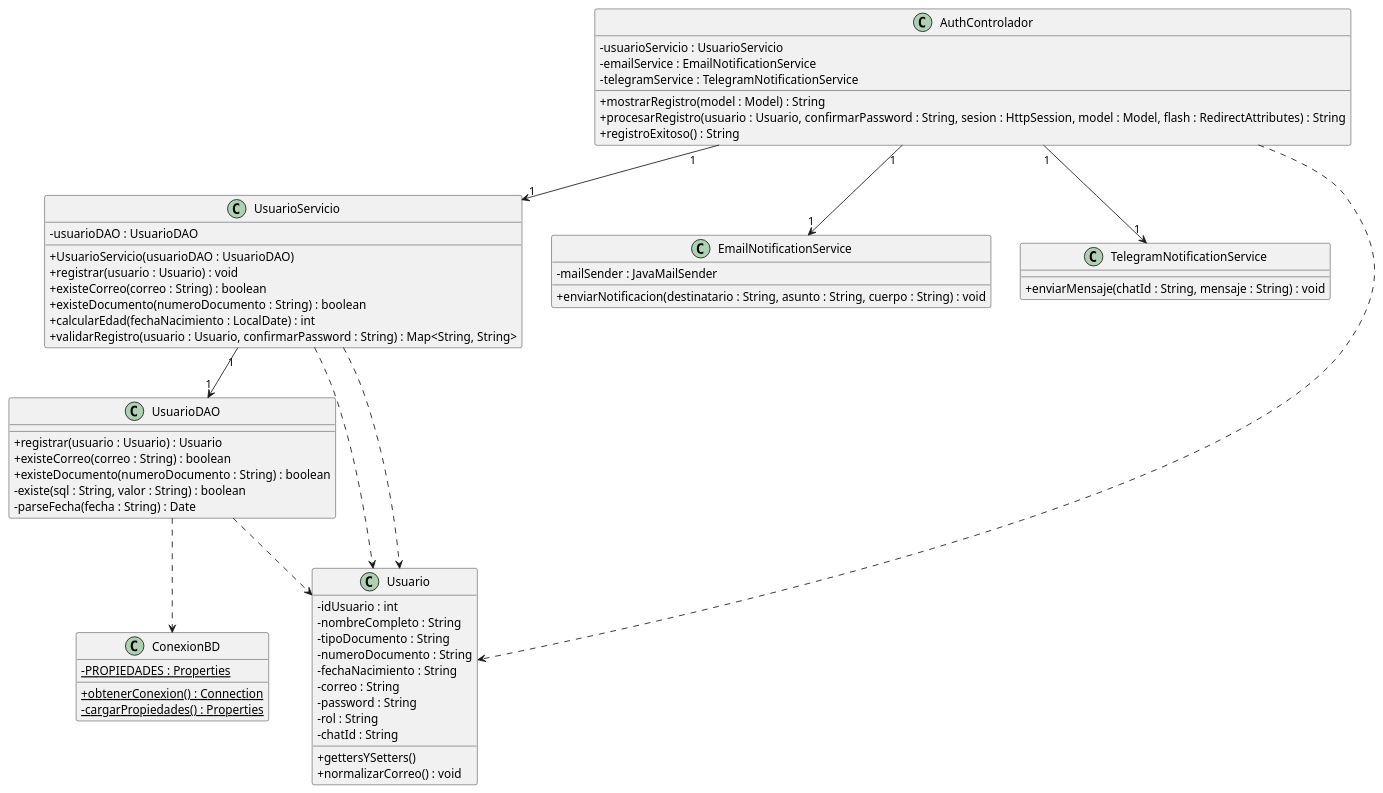
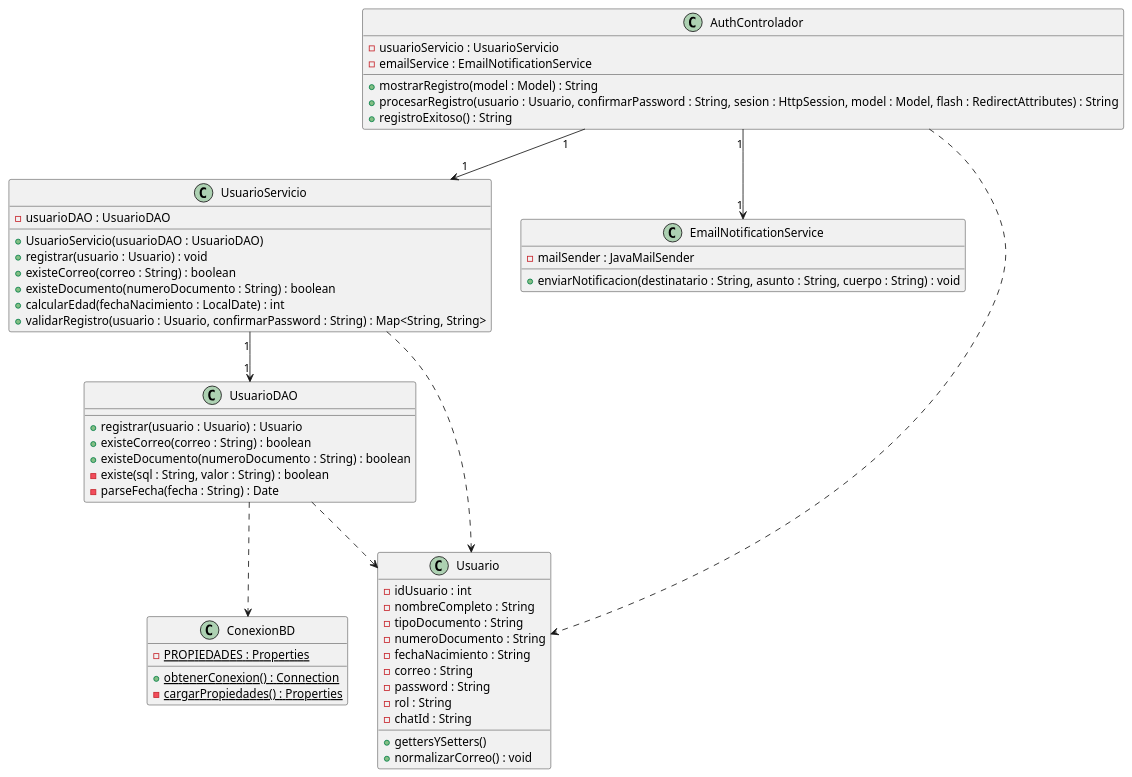
The diagram in docs/diagrama/DiagramaDeClases_crearcuenta.md (puj-course/FIS_2630_1204_G3), drawn with PlantUML before and after one commit. The commit also changed other lines of this file, not shown here.

Commit message:
Update class diagram for Crear Cuenta (#292)

````diff
--- a/docs/diagrama/DiagramaDeClases_crearcuenta.md
+++ b/docs/diagrama/DiagramaDeClases_crearcuenta.md
@@ -3,76 +3,69 @@
 ```plantuml
 @startuml
-skinparam classAttributeIconSize 0
-
 class AuthControlador {
     - usuarioServicio : UsuarioServicio
     - emailService : EmailNotificationService
-    - telegramService : TelegramNotificationService
 
     + mostrarRegistro(model : Model) : String
     + procesarRegistro(usuario : Usuario, confirmarPassword : String, sesion : HttpSession, model : Model, flash : RedirectAttributes) : String
     + registroExitoso() : String
 }
 
 class UsuarioServicio {
     - usuarioDAO : UsuarioDAO
 
     + UsuarioServicio(usuarioDAO : UsuarioDAO)
     + registrar(usuario : Usuario) : void
     + existeCorreo(correo : String) : boolean
     + existeDocumento(numeroDocumento : String) : boolean
     + calcularEdad(fechaNacimiento : LocalDate) : int
     + validarRegistro(usuario : Usuario, confirmarPassword : String) : Map<String, String>
 }
 
 class EmailNotificationService {
     - mailSender : JavaMailSender
 
     + enviarNotificacion(destinatario : String, asunto : String, cuerpo : String) : void
-}
-
-class TelegramNotificationService {
-    + enviarMensaje(chatId : String, mensaje : String) : void
 }
 
 class UsuarioDAO {
     + registrar(usuario : Usuario) : Usuario
     + existeCorreo(correo : String) : boolean
     + existeDocumento(numeroDocumento : String) : boolean
     - existe(sql : String, valor : String) : boolean
     - parseFecha(fecha : String) : Date
 }
 
 class Usuario {
     - idUsuario : int
     - nombreCompleto : String
     - tipoDocumento : String
     - numeroDocumento : String
     - fechaNacimiento : String
     - correo : String
     - password : String
     - rol : String
     - chatId : String
 
     + gettersYSetters()
     + normalizarCorreo() : void
 }
 
 class ConexionBD {
     {static} - PROPIEDADES : Properties
     {static} + obtenerConexion() : Connection
     {static} - cargarPropiedades() : Properties
 }
 
+
 AuthControlador "1" --> "1" UsuarioServicio 
-AuthControlador "1" --> "1" EmailNotificationService 
-AuthControlador "1" --> "1" TelegramNotificationService 
+AuthControlador "1" --> "1" EmailNotificationService  
 AuthControlador ..> Usuario 
 
 UsuarioServicio "1" --> "1" UsuarioDAO 
+
 UsuarioServicio ..> Usuario
 UsuarioDAO ..> Usuario 
 UsuarioDAO ..> ConexionBD
-UsuarioServicio ..> Usuario
 @enduml
 ```
````
